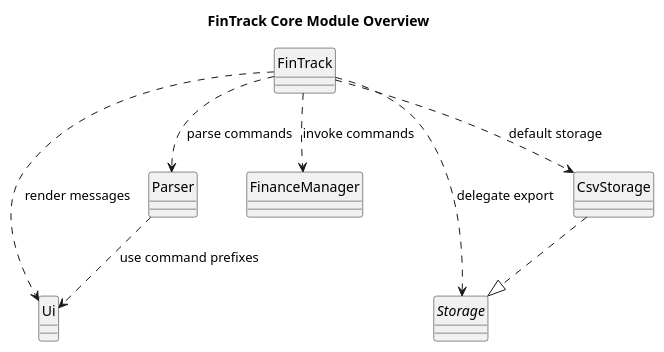
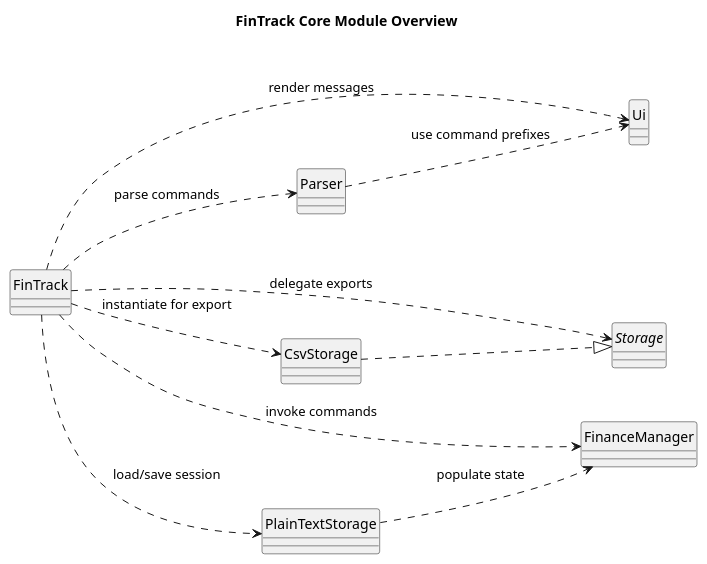
Before and after one commit to AY2526S1-CS2113-W12-4/tp: the diagram in docs/diagrams/FinTrackClassDiagram.puml, drawn with PlantUML. The commit also changed 18 other files, not shown here.

Commit message:
Add persistence section under implementation in DG, update UML diagrams

```diff
--- a/docs/diagrams/FinTrackClassDiagram.puml
+++ b/docs/diagrams/FinTrackClassDiagram.puml
@@ -1,20 +1,25 @@
 @startuml
   hide circle
   skinparam classAttributeIconSize 0
-  top to bottom direction
+  left to right direction
   title FinTrack Core Module Overview
 
   class FinTrack
   class Ui
   class Parser
   class FinanceManager
   interface Storage
+  class CsvStorage
+  class PlainTextStorage
+
   FinTrack ..> FinanceManager : invoke commands
   FinTrack ..> Parser : parse commands
   FinTrack ..> Ui : render messages
-  FinTrack ..> Storage : delegate export
+  FinTrack ..> PlainTextStorage : load/save session
+  FinTrack ..> Storage : delegate exports
   CsvStorage ..|> Storage
-  FinTrack ..> CsvStorage : default storage
+  FinTrack ..> CsvStorage : instantiate for export
+  PlainTextStorage ..> FinanceManager : populate state
   Parser ..> Ui : use command prefixes
 
   @enduml
```
